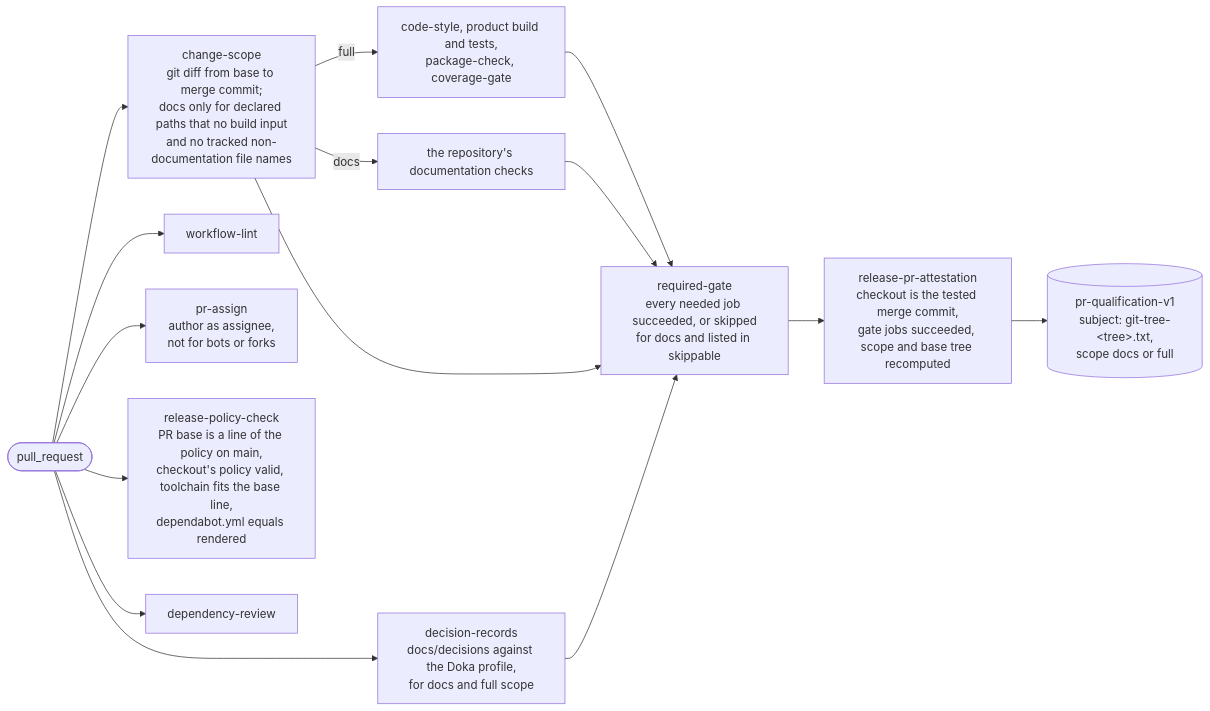
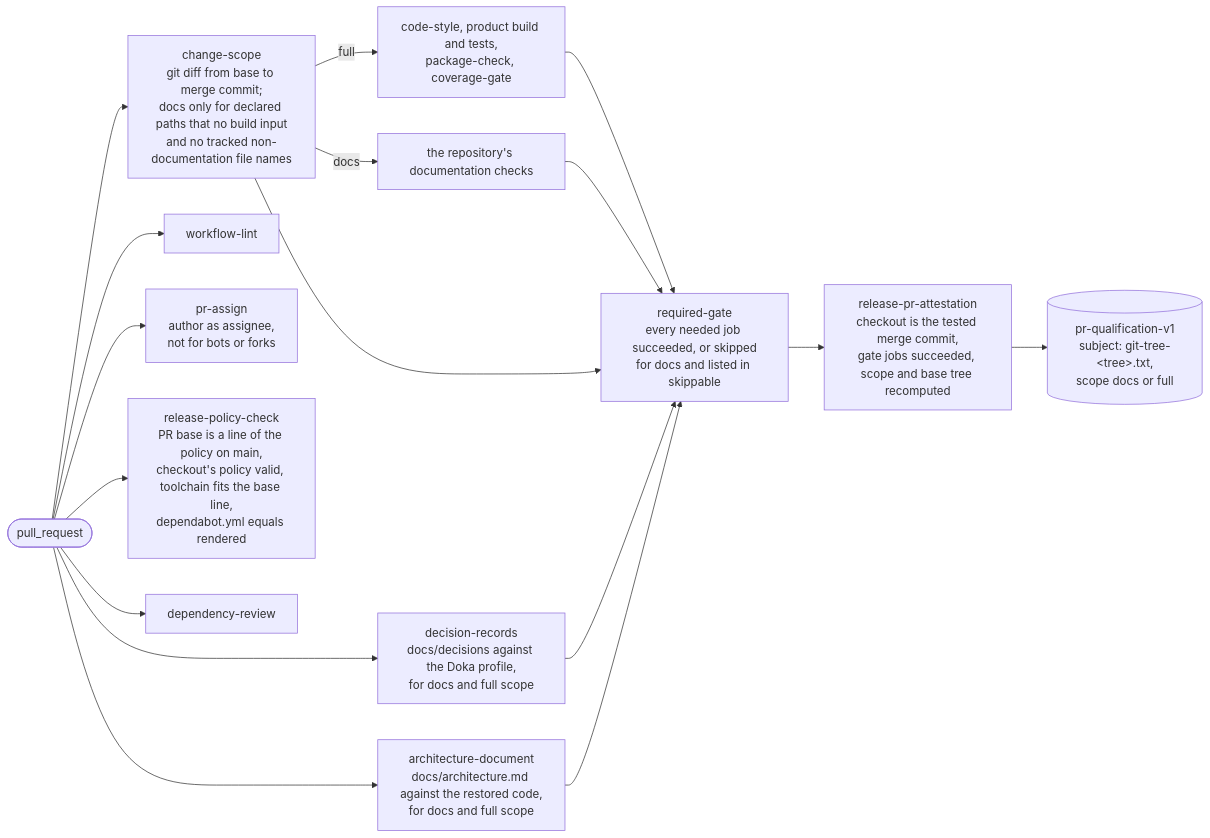
One commit to doka-labs/workflows changed the fifth of 19 diagrams in docs/overview.md. Above: the diagram before and after it, drawn with Mermaid. The commit also changed other lines of this file and 15 other files, not shown here.

First line of the commit message:
feat(release): publish the API reference and check the architecture (#11)

````diff
--- a/docs/overview.md
+++ b/docs/overview.md
@@ -161,17 +163,19 @@
 ```mermaid
 flowchart LR
   pr(["pull_request"]) --> scope["change-scope<br/>git diff from base to merge commit;<br/>docs only for declared paths that no build input<br/>and no tracked non-documentation file names"]
   pr --> lint["workflow-lint"]
   pr --> assign["pr-assign<br/>author as assignee,<br/>not for bots or forks"]
   pr --> check["release-policy-check<br/>PR base is a line of the policy on main,<br/>checkout's policy valid, toolchain fits the base line,<br/>dependabot.yml equals rendered"]
   pr --> review["dependency-review"]
   pr --> adr["decision-records<br/>docs/decisions against the Doka profile,<br/>for docs and full scope"]
+  pr --> arch["architecture-document<br/>docs/architecture.md against the restored code,<br/>for docs and full scope"]
   scope -- full --> heavy["code-style, product build and tests,<br/>package-check, coverage-gate"]
   scope -- docs --> docs["the repository's documentation checks"]
   heavy --> req["required-gate<br/>every needed job succeeded, or skipped<br/>for docs and listed in skippable"]
   docs --> req
   scope --> req
   adr --> req
+  arch --> req
   req --> prat["release-pr-attestation<br/>checkout is the tested merge commit,<br/>gate jobs succeeded, scope and base tree recomputed"]
   prat --> att[("pr-qualification-v1<br/>subject: git-tree-&lt;tree&gt;.txt,<br/>scope docs or full")]
 ```
````
